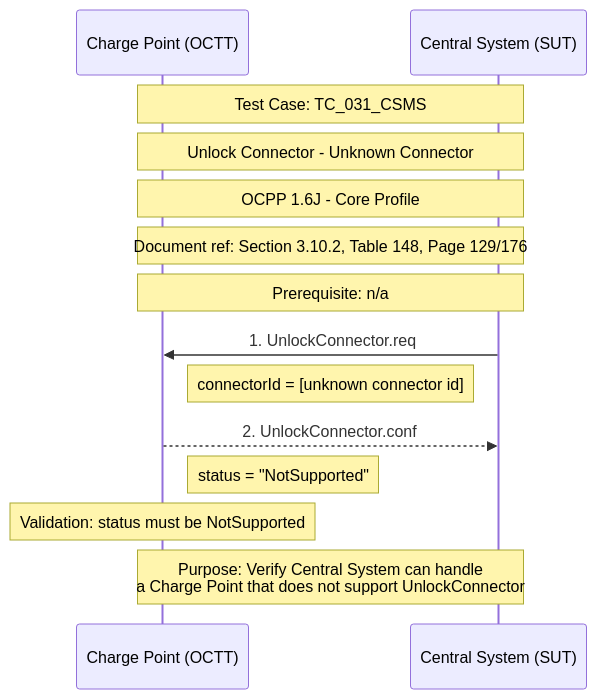
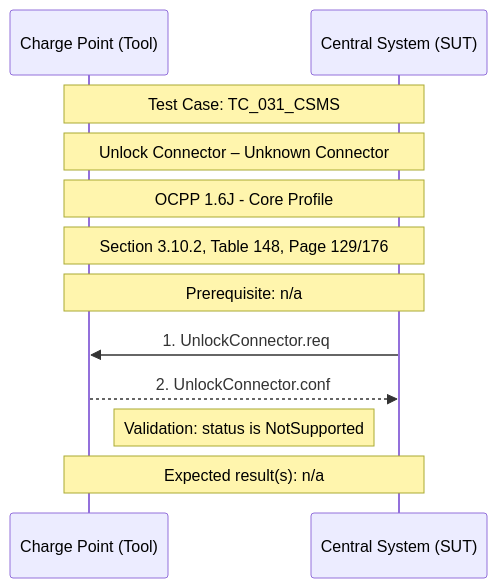
Before and after one commit to tzi-app/tzi-OCTT: the diagram in 1.6/test_tc_031_csms.mermaid, drawn with Mermaid. The commit also changed 173 other files, not shown here.

```diff
--- a/1.6/test_tc_031_csms.mermaid
+++ b/1.6/test_tc_031_csms.mermaid
@@ -1,18 +1,16 @@
 sequenceDiagram
-    participant CP as Charge Point (OCTT)
+    participant CP as Charge Point (Tool)
     participant CS as Central System (SUT)
 
     Note over CP,CS: Test Case: TC_031_CSMS
-    Note over CP,CS: Unlock Connector - Unknown Connector
+    Note over CP,CS: Unlock Connector – Unknown Connector
     Note over CP,CS: OCPP 1.6J - Core Profile
-    Note over CP,CS: Document ref: Section 3.10.2, Table 148, Page 129/176
+    Note over CP,CS: Section 3.10.2, Table 148, Page 129/176
     Note over CP,CS: Prerequisite: n/a
 
     CS->>CP: 1. UnlockConnector.req
-    Note left of CS: connectorId = [unknown connector id]
 
     CP-->>CS: 2. UnlockConnector.conf
-    Note right of CP: status = "NotSupported"
-    Note over CP: Validation: status must be NotSupported
+    Note right of CP: Validation: status is NotSupported
 
-    Note over CP,CS: Purpose: Verify Central System can handle<br/>a Charge Point that does not support UnlockConnector
+    Note over CP,CS: Expected result(s): n/a
```
